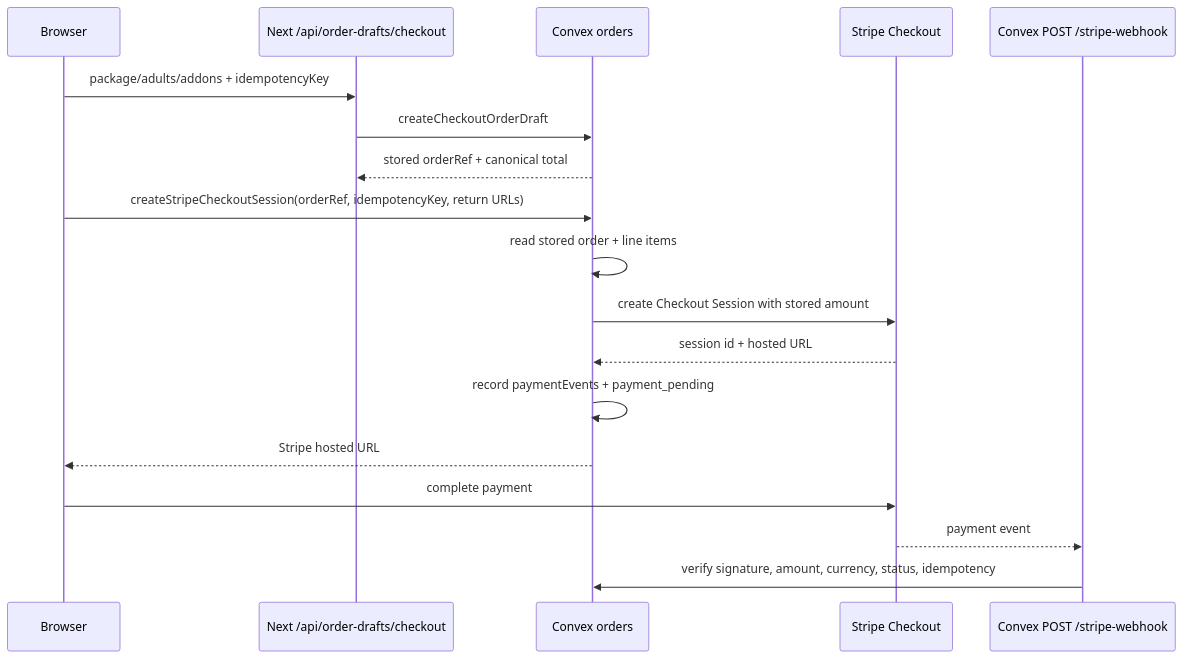
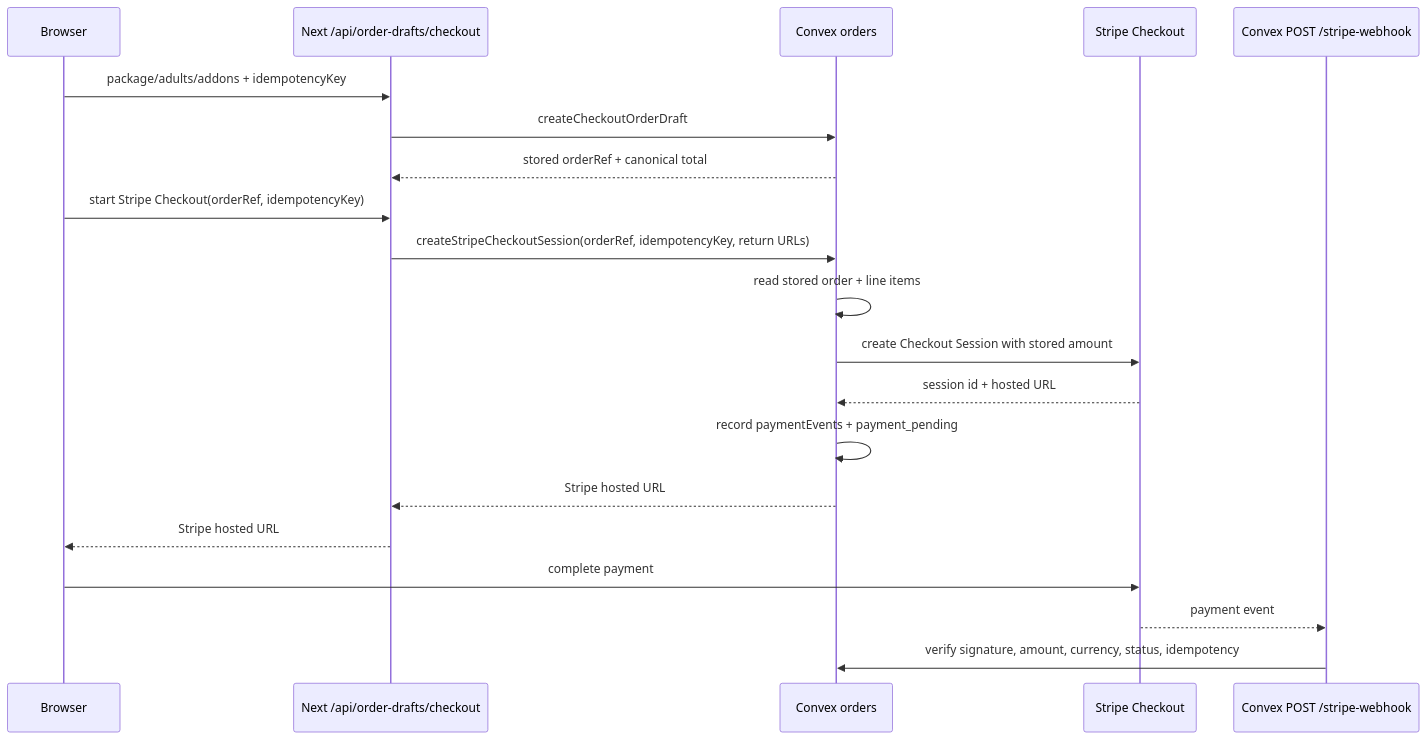
One commit to junyengit/skyla changed the diagram in docs/runbooks/stripe-checkout-cutover.md. Above: the diagram before and after it, drawn with Mermaid. The commit also changed other lines of this file and 16 other files, not shown here.

````diff
--- a/docs/runbooks/stripe-checkout-cutover.md
+++ b/docs/runbooks/stripe-checkout-cutover.md
@@ -34,21 +36,23 @@
 ```mermaid
 sequenceDiagram
   participant Browser
   participant Next as Next /api/order-drafts/checkout
   participant Convex as Convex orders
   participant Stripe as Stripe Checkout
   participant Webhook as Convex POST /stripe-webhook
 
   Browser->>Next: package/adults/addons + idempotencyKey
   Next->>Convex: createCheckoutOrderDraft
   Convex-->>Next: stored orderRef + canonical total
-  Browser->>Convex: createStripeCheckoutSession(orderRef, idempotencyKey, return URLs)
+  Browser->>Next: start Stripe Checkout(orderRef, idempotencyKey)
+  Next->>Convex: createStripeCheckoutSession(orderRef, idempotencyKey, return URLs)
   Convex->>Convex: read stored order + line items
   Convex->>Stripe: create Checkout Session with stored amount
   Stripe-->>Convex: session id + hosted URL
   Convex->>Convex: record paymentEvents + payment_pending
-  Convex-->>Browser: Stripe hosted URL
+  Convex-->>Next: Stripe hosted URL
+  Next-->>Browser: Stripe hosted URL
   Browser->>Stripe: complete payment
   Stripe-->>Webhook: payment event
   Webhook->>Convex: verify signature, amount, currency, status, idempotency
 ```
````
